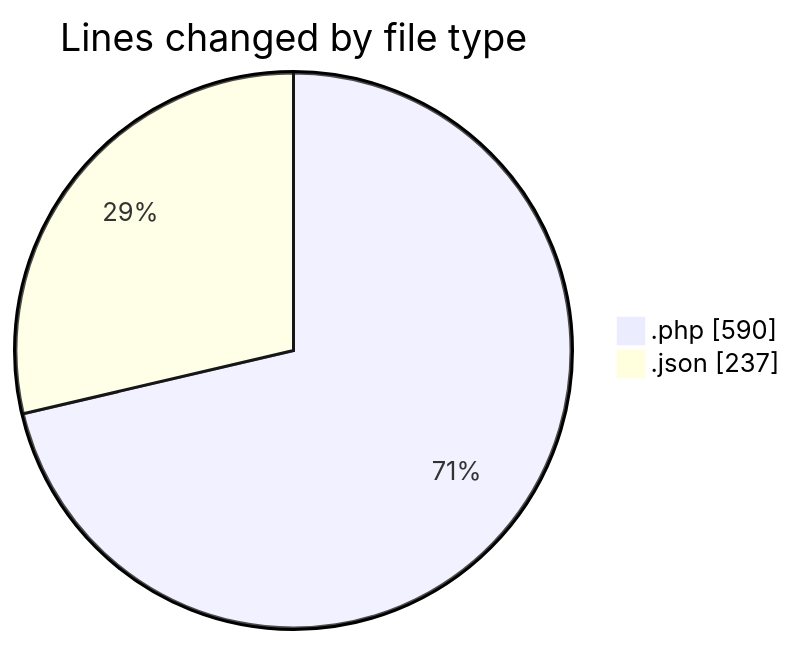
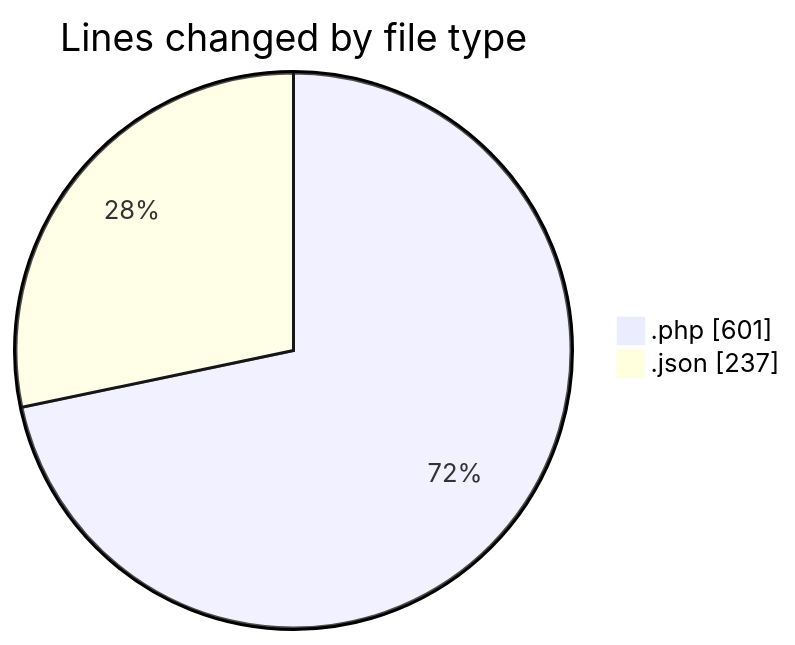
One commit to idhammustaqopulfikri/code-tracking changed the first of 2 diagrams in 2025-05-25/bookingpodcas/README.md. Above: the diagram before and after it, drawn with Mermaid. The commit also changed other lines of this file and 1 other file, not shown here.

````diff
--- a/2025-05-25/bookingpodcas/README.md
+++ b/2025-05-25/bookingpodcas/README.md
@@ -30,6 +31,6 @@
 ```mermaid
 pie showData
 title Lines changed by file type
-".php" : 590
+".php" : 601
 ".json" : 237
 ```
````
